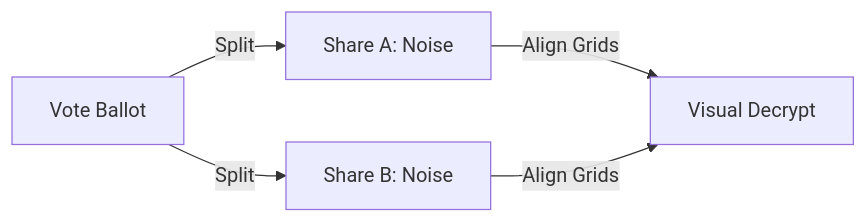
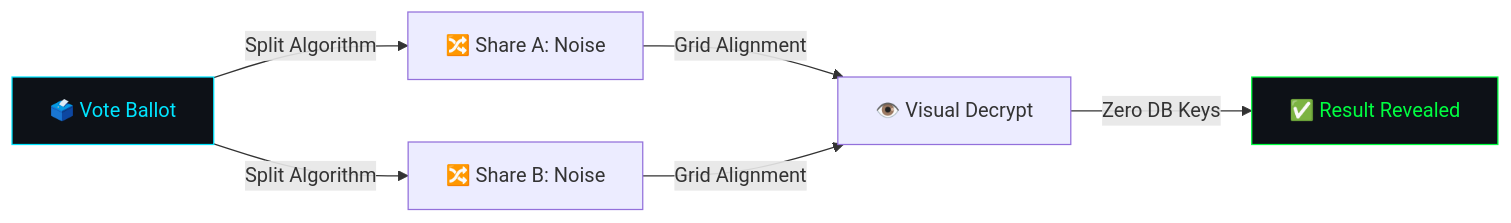
The fourth of 4 diagrams in README.md (Rishabh02104/Rishabh02104), drawn with Mermaid before and after one commit. The commit also changed other lines of this file, not shown here.

````diff
--- a/README.md
+++ b/README.md
@@ -187,6 +260,9 @@
 ```mermaid
 graph LR
-  Ballot[Vote Ballot] -->|Split| ShareA[Share A: Noise]
-  Ballot -->|Split| ShareB[Share B: Noise]
-  ShareA & ShareB -->|Align Grids| Result[Visual Decrypt]
+  A[🗳️ Vote Ballot] -->|Split Algorithm| B[🔀 Share A: Noise]
+  A -->|Split Algorithm| C[🔀 Share B: Noise]
+  B & C -->|Grid Alignment| D[👁️ Visual Decrypt]
+  D -->|Zero DB Keys| E[✅ Result Revealed]
+  style A fill:#0d1117,stroke:#00E5FF,color:#00E5FF
+  style E fill:#0d1117,stroke:#00FF41,color:#00FF41
 ```
````
